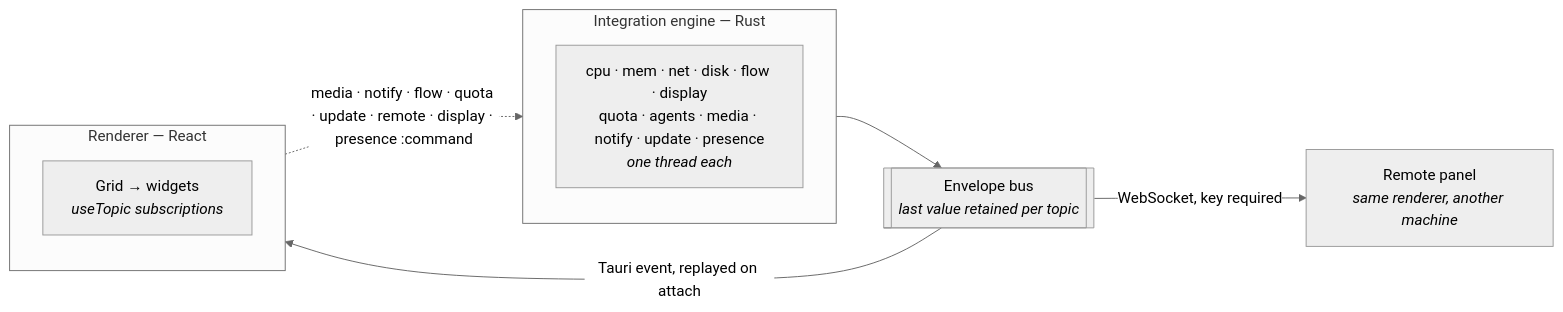
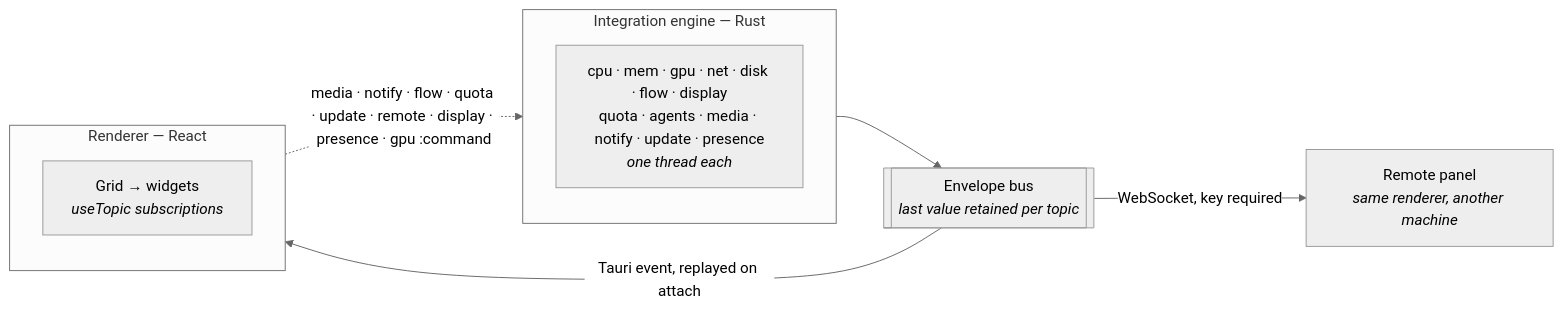
One commit to Purukitto/kehai changed the diagram in docs/architecture.md. Above: the diagram before and after it, drawn with Mermaid (neutral theme). The commit also changed other lines of this file and 24 other files, not shown here.

Commit message:
feat: show the graphics card beside the processor (#33)

````diff
--- a/docs/architecture.md
+++ b/docs/architecture.md
@@ -17,19 +17,19 @@
 ```mermaid
 flowchart LR
     subgraph engine["Integration engine — Rust"]
         direction TB
-        P["cpu · mem · net · disk · flow · display<br/>quota · agents · media · notify · update · presence<br/><i>one thread each</i>"]
+        P["cpu · mem · gpu · net · disk · flow · display<br/>quota · agents · media · notify · update · presence<br/><i>one thread each</i>"]
     end
 
     BUS[["Envelope bus<br/><i>last value retained per topic</i>"]]
 
     subgraph renderer["Renderer — React"]
         direction TB
         W["Grid → widgets<br/><i>useTopic subscriptions</i>"]
     end
 
     P --> BUS
     BUS -- "Tauri event, replayed on attach" --> W
-    W -. "media · notify · flow · quota · update · remote · display · presence :command" .-> P
+    W -. "media · notify · flow · quota · update · remote · display · presence · gpu :command" .-> P
     BUS -- "WebSocket, key required" --> RP["Remote panel<br/><i>same renderer, another machine</i>"]
 ```
````
